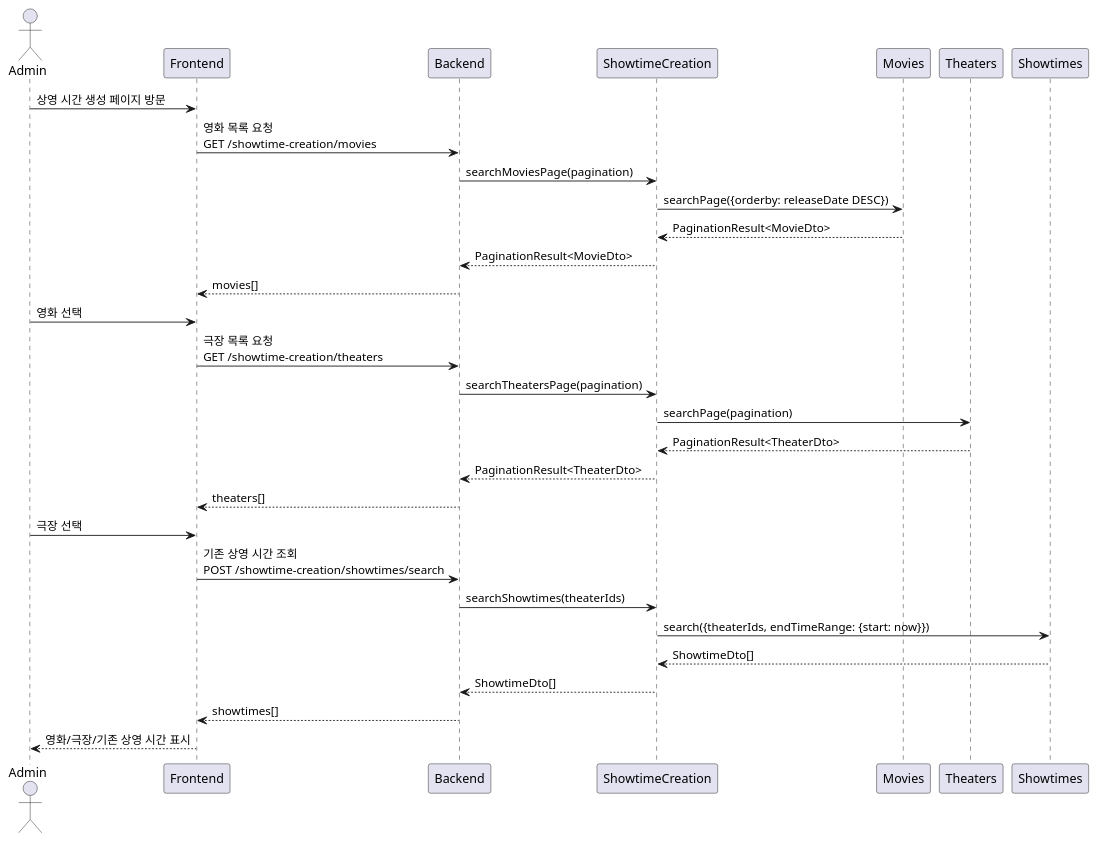
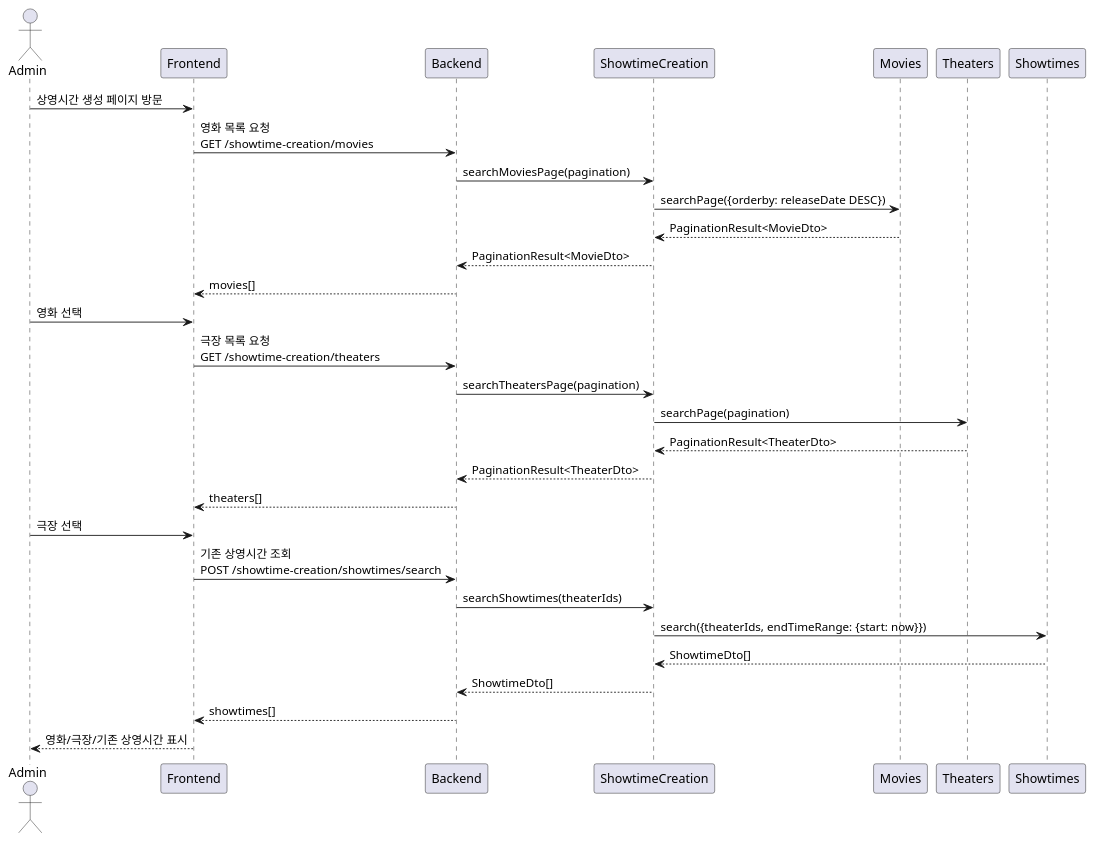
The first of 3 diagrams in docs/designs/showtime-creation.md (mannercode/nest-seed), drawn with PlantUML before and after one commit. The commit also changed other lines of this file and 5 other files, not shown here.

````diff
--- a/docs/designs/showtime-creation.md
+++ b/docs/designs/showtime-creation.md
@@ -42,29 +42,29 @@
 ```plantuml
 @startuml
 actor Admin
-Admin -> Frontend: 상영 시간 생성 페이지 방문
+Admin -> Frontend: 상영시간 생성 페이지 방문
     Frontend -> Backend: 영화 목록 요청\nGET /showtime-creation/movies
         Backend -> ShowtimeCreation: searchMoviesPage(pagination)
             ShowtimeCreation -> Movies: searchPage({orderby: releaseDate DESC})
             ShowtimeCreation <-- Movies: PaginationResult<MovieDto>
         Backend <-- ShowtimeCreation: PaginationResult<MovieDto>
     Frontend <-- Backend: movies[]
 
 Admin -> Frontend: 영화 선택
     Frontend -> Backend: 극장 목록 요청\nGET /showtime-creation/theaters
         Backend -> ShowtimeCreation: searchTheatersPage(pagination)
             ShowtimeCreation -> Theaters: searchPage(pagination)
             ShowtimeCreation <-- Theaters: PaginationResult<TheaterDto>
         Backend <-- ShowtimeCreation: PaginationResult<TheaterDto>
     Frontend <-- Backend: theaters[]
 
 Admin -> Frontend: 극장 선택
-    Frontend -> Backend: 기존 상영 시간 조회\nPOST /showtime-creation/showtimes/search
+    Frontend -> Backend: 기존 상영시간 조회\nPOST /showtime-creation/showtimes/search
         Backend -> ShowtimeCreation: searchShowtimes(theaterIds)
             ShowtimeCreation -> Showtimes: search({theaterIds, endTimeRange: {start: now}})
             ShowtimeCreation <-- Showtimes: ShowtimeDto[]
         Backend <-- ShowtimeCreation: ShowtimeDto[]
     Frontend <-- Backend: showtimes[]
-Admin <-- Frontend: 영화/극장/기존 상영 시간 표시
+Admin <-- Frontend: 영화/극장/기존 상영시간 표시
 @enduml
 ```
````
